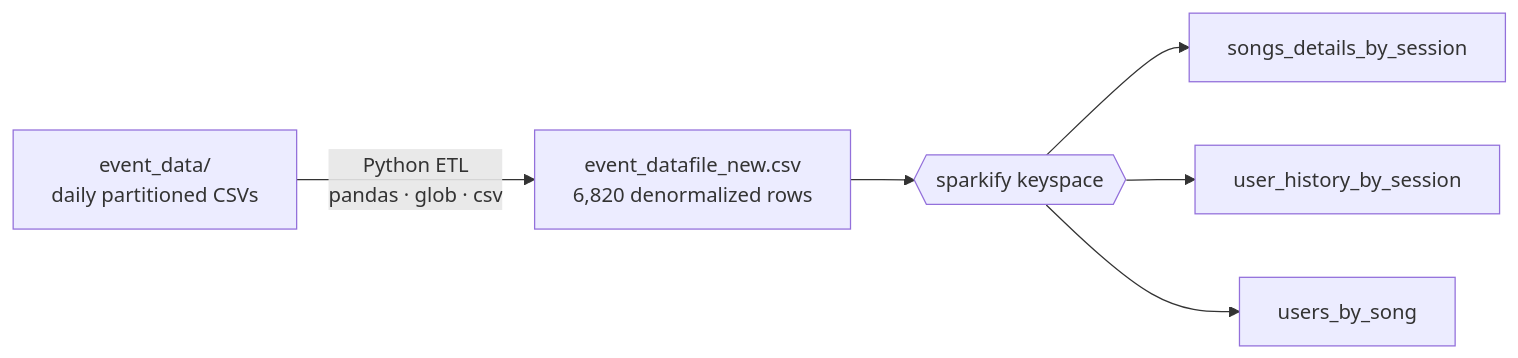
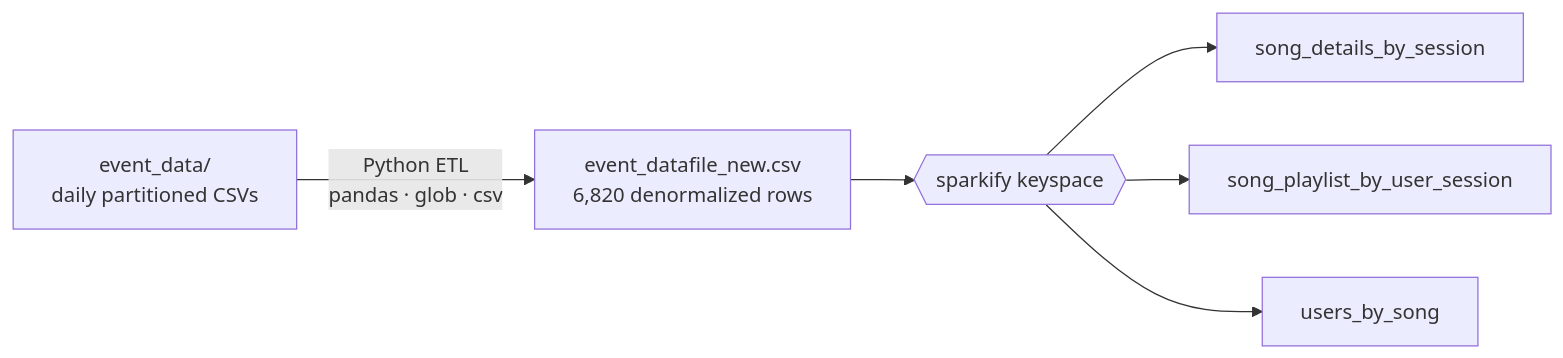
Before and after one commit to MosesKortu/sparkify-cassandra-datamodel-ETL: the diagram in README.md, drawn with Mermaid. The commit also changed other lines of this file, not shown here.

````diff
--- a/README.md
+++ b/README.md
@@ -52,8 +52,8 @@
 ```mermaid
 flowchart LR
     A["event_data/\ndaily partitioned CSVs"] -->|Python ETL\npandas · glob · csv| B["event_datafile_new.csv\n6,820 denormalized rows"]
     B --> C{{"sparkify keyspace"}}
-    C --> D["songs_details_by_session"]
-    C --> E["user_history_by_session"]
+    C --> D["song_details_by_session"]
+    C --> E["song_playlist_by_user_session"]
     C --> F["users_by_song"]
 ```
````
